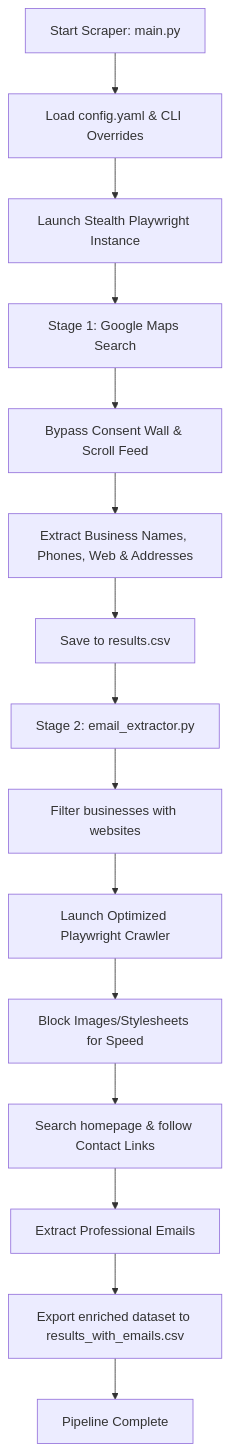
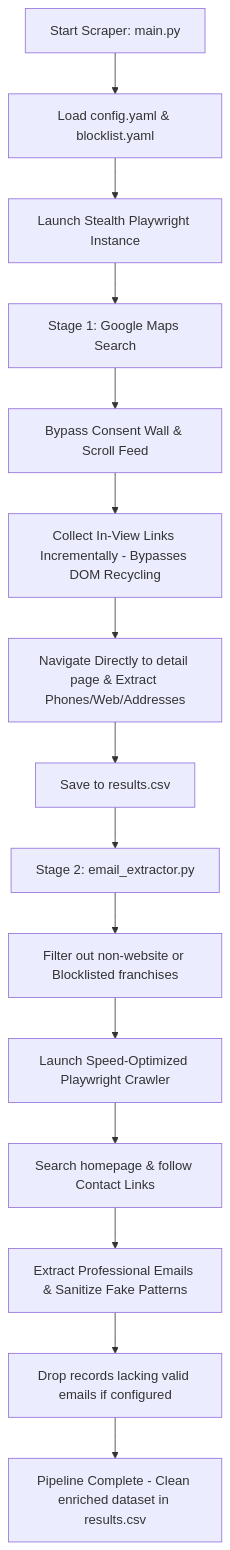
The diagram in README.md (loren-hub/lcascraping), drawn with Mermaid before and after one commit. The commit also changed other lines of this file, not shown here.

````diff
--- a/README.md
+++ b/README.md
@@ -33,17 +40,17 @@
 ```mermaid
 graph TD
-    A[Start Scraper: main.py] --> B[Load config.yaml & CLI Overrides]
+    A[Start Scraper: main.py] --> B[Load config.yaml & blocklist.yaml]
     B --> C[Launch Stealth Playwright Instance]
     C --> D[Stage 1: Google Maps Search]
     D --> E[Bypass Consent Wall & Scroll Feed]
-    E --> F[Extract Business Names, Phones, Web & Addresses]
-    F --> G[Save to results.csv]
-    G --> H[Stage 2: email_extractor.py]
-    H --> I[Filter businesses with websites]
-    I --> J[Launch Optimized Playwright Crawler]
-    J --> K[Block Images/Stylesheets for Speed]
+    E --> F[Collect In-View Links Incrementally - Bypasses DOM Recycling]
+    F --> G[Navigate Directly to detail page & Extract Phones/Web/Addresses]
+    G --> H[Save to results.csv]
+    H --> I[Stage 2: email_extractor.py]
+    I --> J[Filter out non-website or Blocklisted franchises]
+    J --> K[Launch Speed-Optimized Playwright Crawler]
     K --> L[Search homepage & follow Contact Links]
-    L --> M[Extract Professional Emails]
-    M --> N[Export enriched dataset to results_with_emails.csv]
-    N --> O[Pipeline Complete]
+    L --> M[Extract Professional Emails & Sanitize Fake Patterns]
+    M --> N[Drop records lacking valid emails if configured]
+    N --> O[Pipeline Complete - Clean enriched dataset in results.csv]
 ```
````
